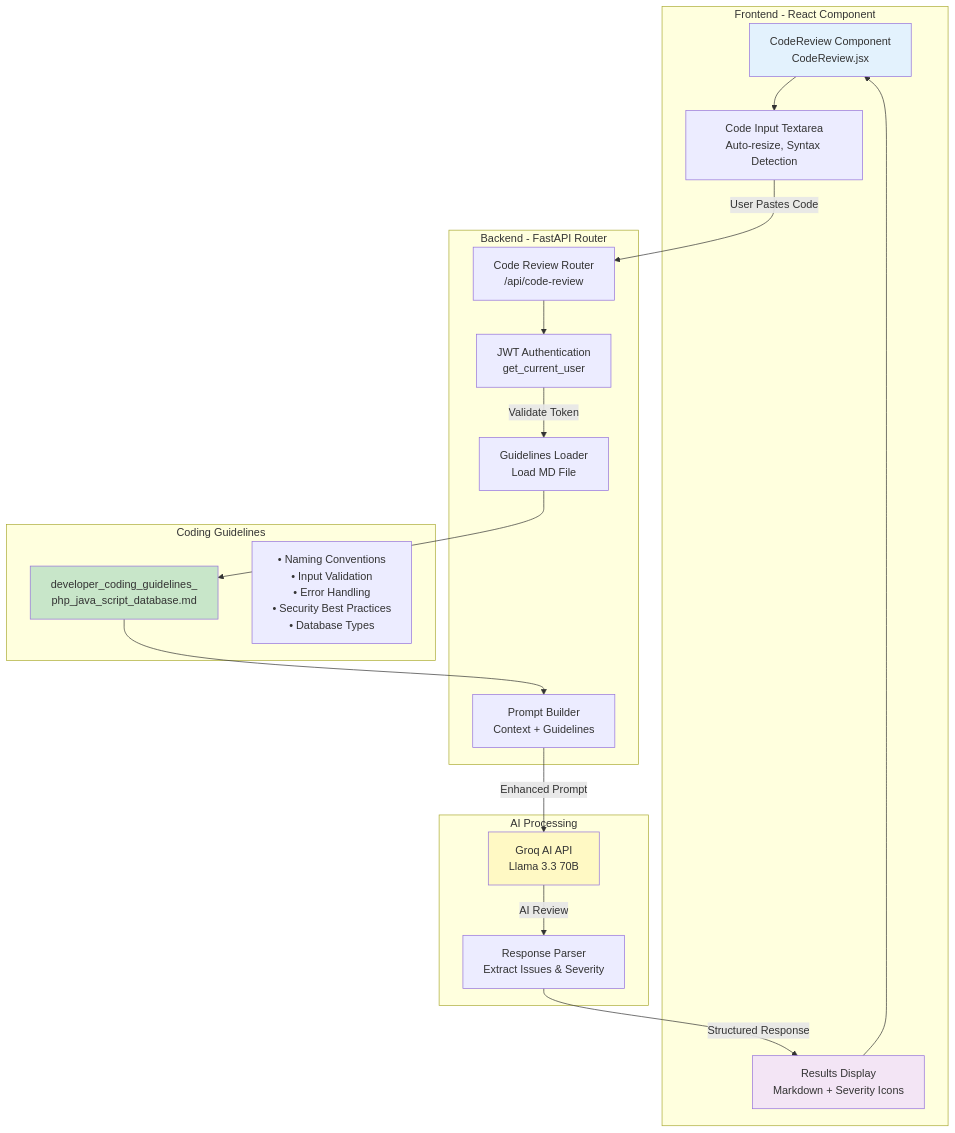
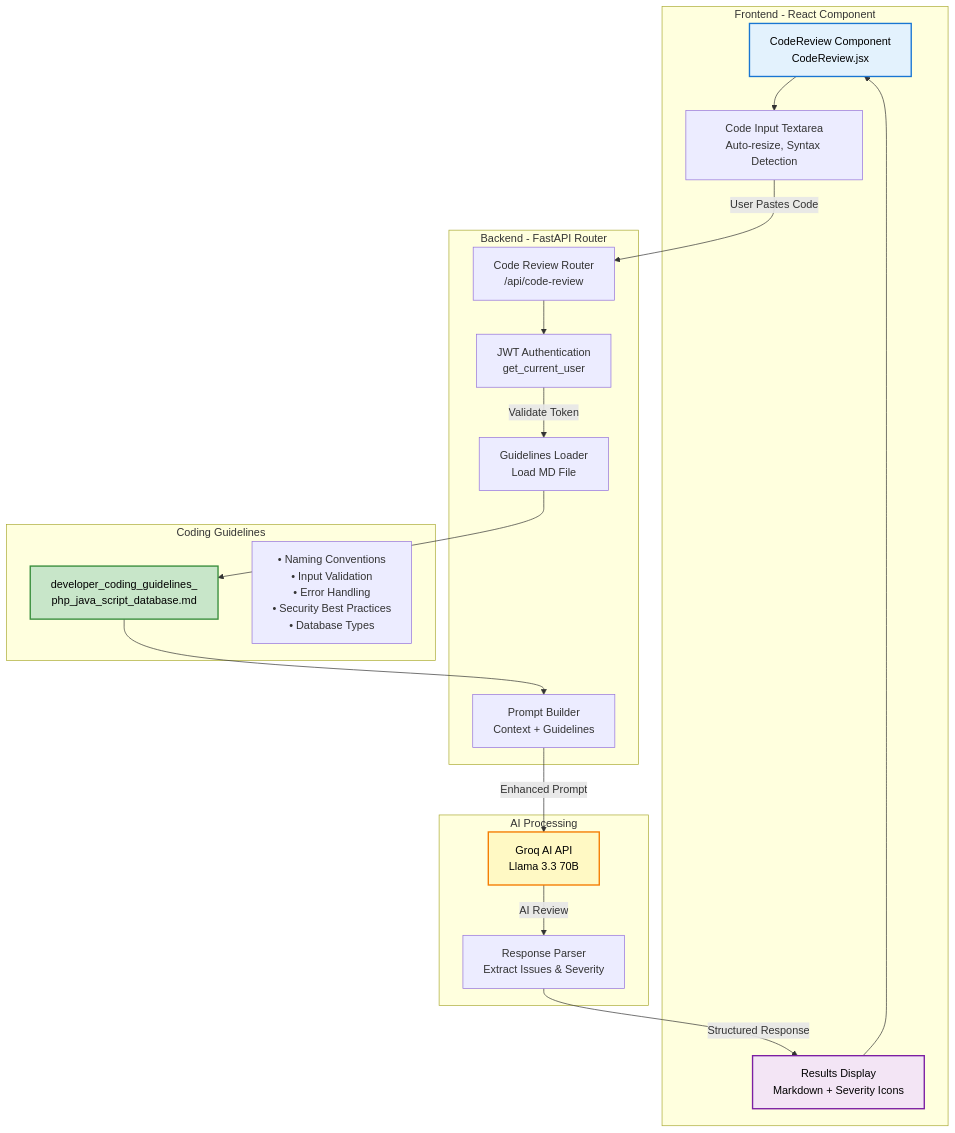
Before and after one commit to yash-ganatra/Banking-knowledgeAssistance: diagram 18 of 18 in README.md, drawn with Mermaid.

Commit message:
Documentation Updated

````diff
--- a/README.md
+++ b/README.md
@@ -1871,41 +1871,41 @@
 ```mermaid
 graph TB
     subgraph "Frontend - React Component"
         UI[CodeReview Component<br/>CodeReview.jsx]
         INPUT[Code Input Textarea<br/>Auto-resize, Syntax Detection]
         DISPLAY[Results Display<br/>Markdown + Severity Icons]
     end
     
     subgraph "Backend - FastAPI Router"
         ROUTER[Code Review Router<br/>/api/code-review]
         AUTH[JWT Authentication<br/>get_current_user]
         LOADER[Guidelines Loader<br/>Load MD File]
         PROMPT[Prompt Builder<br/>Context + Guidelines]
     end
     
     subgraph "AI Processing"
         GROQ[Groq AI API<br/>Llama 3.3 70B]
         PARSE[Response Parser<br/>Extract Issues & Severity]
     end
     
     subgraph "Coding Guidelines"
         GUIDE[developer_coding_guidelines_<br/>php_java_script_database.md]
         RULES[• Naming Conventions<br/>• Input Validation<br/>• Error Handling<br/>• Security Best Practices<br/>• Database Types]
     end
     
     UI --> INPUT
     INPUT -->|User Pastes Code| ROUTER
     ROUTER --> AUTH
     AUTH -->|Validate Token| LOADER
     LOADER --> GUIDE
     GUIDE --> PROMPT
     PROMPT -->|Enhanced Prompt| GROQ
     GROQ -->|AI Review| PARSE
     PARSE -->|Structured Response| DISPLAY
     DISPLAY --> UI
     
-    style UI fill:#e3f2fd
-    style GROQ fill:#fff9c4
-    style GUIDE fill:#c8e6c9
-    style DISPLAY fill:#f3e5f5
+    style UI fill:#e3f2fd,stroke:#1976d2,stroke-width:2px,color:#000
+    style GROQ fill:#fff9c4,stroke:#f57c00,stroke-width:2px,color:#000
+    style GUIDE fill:#c8e6c9,stroke:#388e3c,stroke-width:2px,color:#000
+    style DISPLAY fill:#f3e5f5,stroke:#7b1fa2,stroke-width:2px,color:#000
 ```
````
